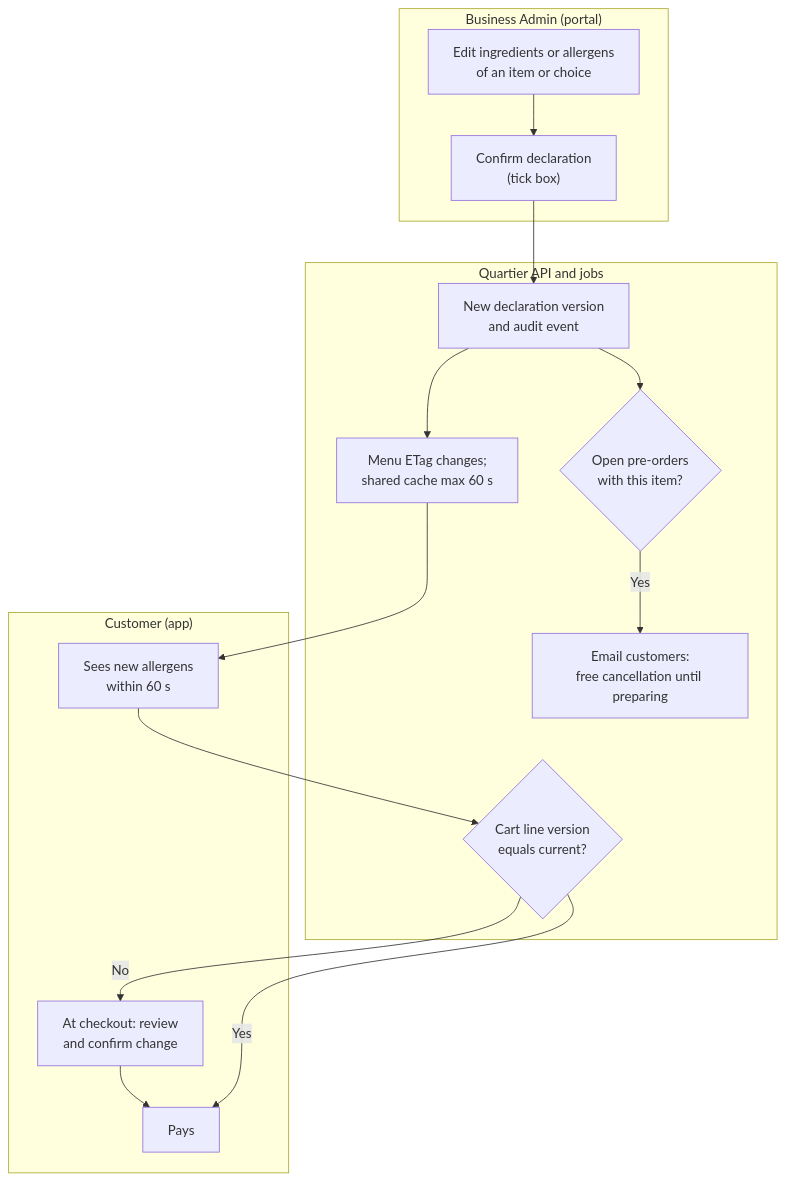
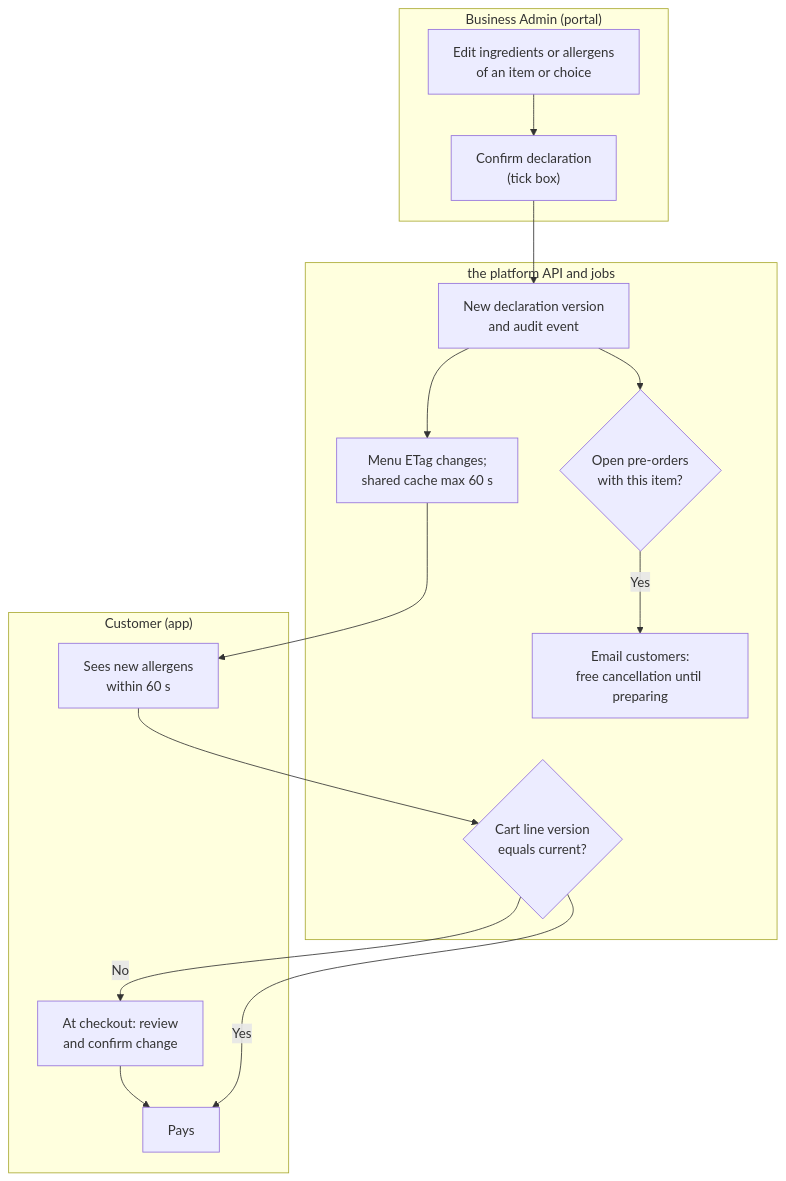
Before and after one commit to ayushsingh0456/local-commerce-booking-platform: the fourth of 5 diagrams in 03-design/diagrams/process-flows.md, drawn with Mermaid. The commit also changed other lines of this file and 46 other files, not shown here.

````diff
--- a/03-design/diagrams/process-flows.md
+++ b/03-design/diagrams/process-flows.md
@@ -145,25 +145,25 @@
 ```mermaid
 flowchart TB
   subgraph ADM["Business Admin (portal)"]
     K1["Edit ingredients or allergens<br/>of an item or choice"]
     K2["Confirm declaration<br/>(tick box)"]
   end
-  subgraph SYS["Quartier API and jobs"]
+  subgraph SYS["the platform API and jobs"]
     K3["New declaration version<br/>and audit event"]
     K4["Menu ETag changes;<br/>shared cache max 60 s"]
     K5{"Open pre-orders<br/>with this item?"}
     K6["Email customers:<br/>free cancellation until preparing"]
     K7{"Cart line version<br/>equals current?"}
   end
   subgraph CUS["Customer (app)"]
     K8["Sees new allergens<br/>within 60 s"]
     K9["At checkout: review<br/>and confirm change"]
     K10["Pays"]
   end
   K1 --> K2 --> K3 --> K4 --> K8
   K3 --> K5
   K5 -->|"Yes"| K6
   K8 --> K7
   K7 -->|"No"| K9 --> K10
   K7 -->|"Yes"| K10
 ```
````
